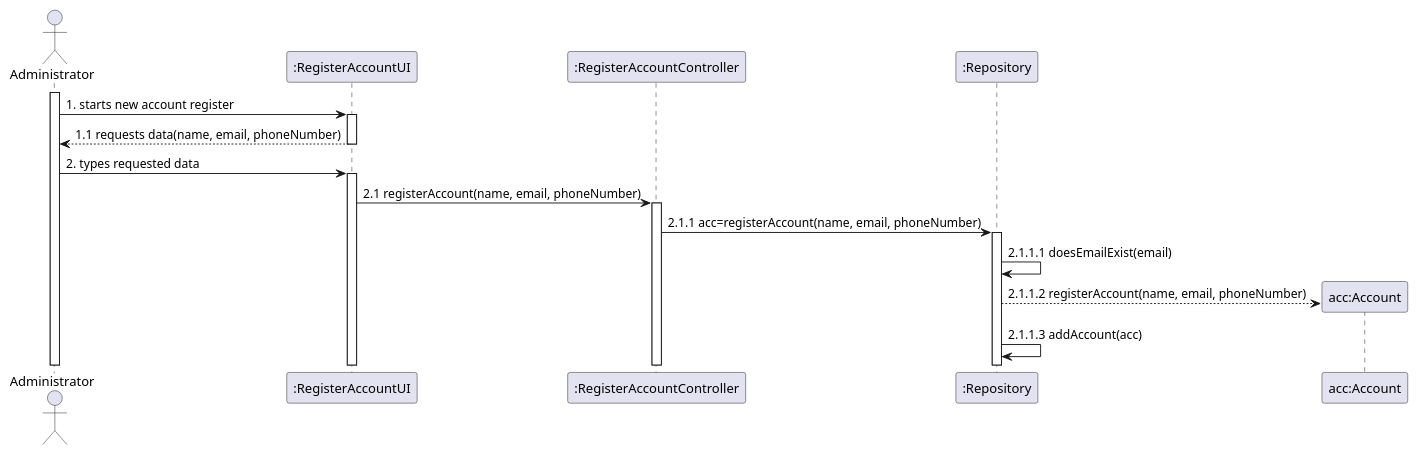
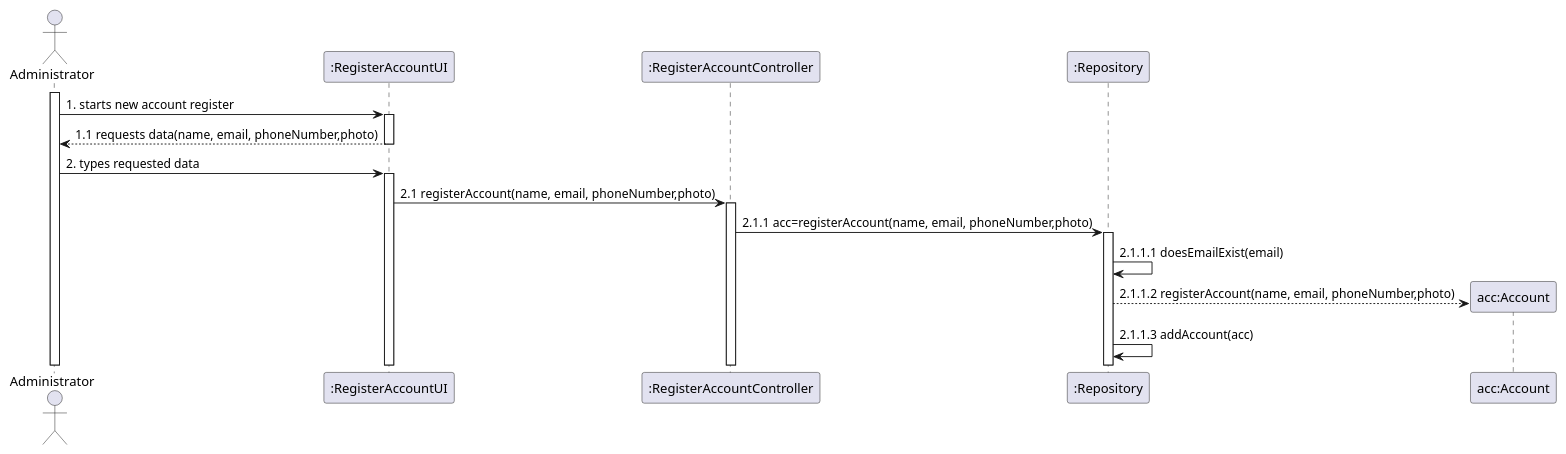
One commit to Loracline/project_switch_22-23 changed the diagram in docs/modelling_design/user_stories/us002/US002_Sequence_Diagram.puml. Above: the diagram before and after it, drawn with PlantUML. The commit also changed 8 other files, not shown here.

Commit message:
US002: Development: Added empty and initialized constructor,  and registerAccount methods to RegisterAccountController class, and respective tests; refined Account constructor,  refined registerAccount on Repository; CD and SD update

```diff
--- a/docs/modelling_design/user_stories/us002/US002_Sequence_Diagram.puml
+++ b/docs/modelling_design/user_stories/us002/US002_Sequence_Diagram.puml
@@ -1,25 +1,25 @@
 @startuml
 actor Administrator
 participant ":RegisterAccountUI" as ui
 participant ":RegisterAccountController" as controller
 participant ":Repository" as repository
 participant "acc:Account" as account
 
 activate Administrator
 Administrator -> ui: 1. starts new account register
 activate ui
-ui --> Administrator: 1.1 requests data(name, email, phoneNumber)
+ui --> Administrator: 1.1 requests data(name, email, phoneNumber,photo)
 deactivate ui
 Administrator -> ui: 2. types requested data
 activate ui
-ui -> controller: 2.1 registerAccount(name, email, phoneNumber)
+ui -> controller: 2.1 registerAccount(name, email, phoneNumber,photo)
 activate controller
-controller -> repository: 2.1.1 acc=registerAccount(name, email, phoneNumber)
+controller -> repository: 2.1.1 acc=registerAccount(name, email, phoneNumber,photo)
 activate repository
 repository -> repository: 2.1.1.1 doesEmailExist(email)
 create account
 
-repository --> account: 2.1.1.2 registerAccount(name, email, phoneNumber)
+repository --> account: 2.1.1.2 registerAccount(name, email, phoneNumber,photo)
 repository -> repository: 2.1.1.3 addAccount(acc)
 
 @enduml
```
